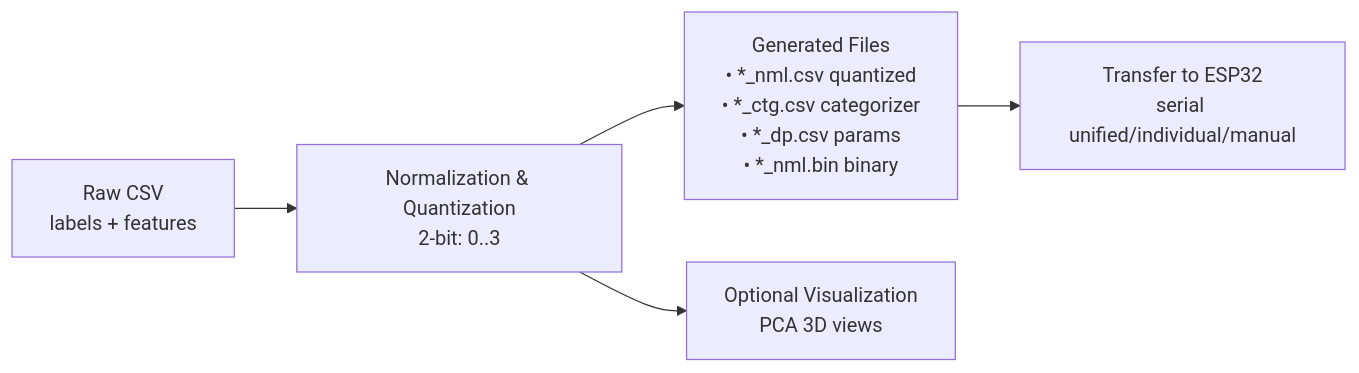
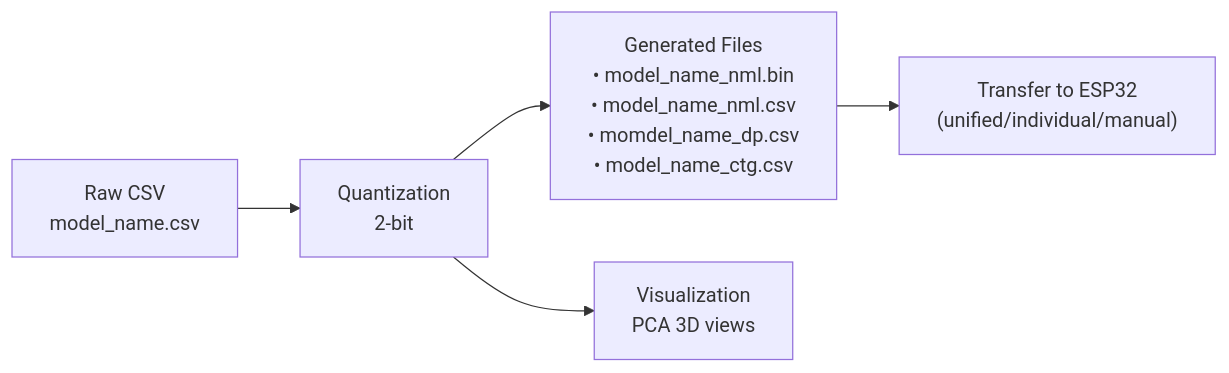
One commit to viettran-edgeAI/MCU changed the first of 2 diagrams in tools/data_processing/README.md. Above: the diagram before and after it, drawn with Mermaid. The commit also changed other lines of this file and 6 other files, not shown here.

Commit message:
raw complete quantization pipeline

````diff
--- a/tools/data_processing/README.md
+++ b/tools/data_processing/README.md
@@ -17,7 +41,7 @@
 ```mermaid
 flowchart LR
-  A["Raw CSV<br/>labels + features"] --> B["Normalization & Quantization<br/>2-bit: 0..3"]
-  B --> C["Generated Files<br/>• *_nml.csv quantized<br/>• *_ctg.csv categorizer<br/>• *_dp.csv params<br/>• *_nml.bin binary"]
-  B --> D["Optional Visualization<br/>PCA 3D views"]
-  C --> E["Transfer to ESP32<br/>serial unified/individual/manual"]
+  A["Raw CSV<br/>model_name.csv"] --> B["Quantization<br/>2-bit"]
+  B --> C["Generated Files<br/>• model_name_nml.bin <br/>• model_name_nml.csv <br/>• momdel_name_dp.csv <br/>• model_name_ctg.csv"]
+  B --> D["Visualization<br/>PCA 3D views"]
+  C --> E["Transfer to ESP32<br/> (unified/individual/manual)"]
 ```
````
